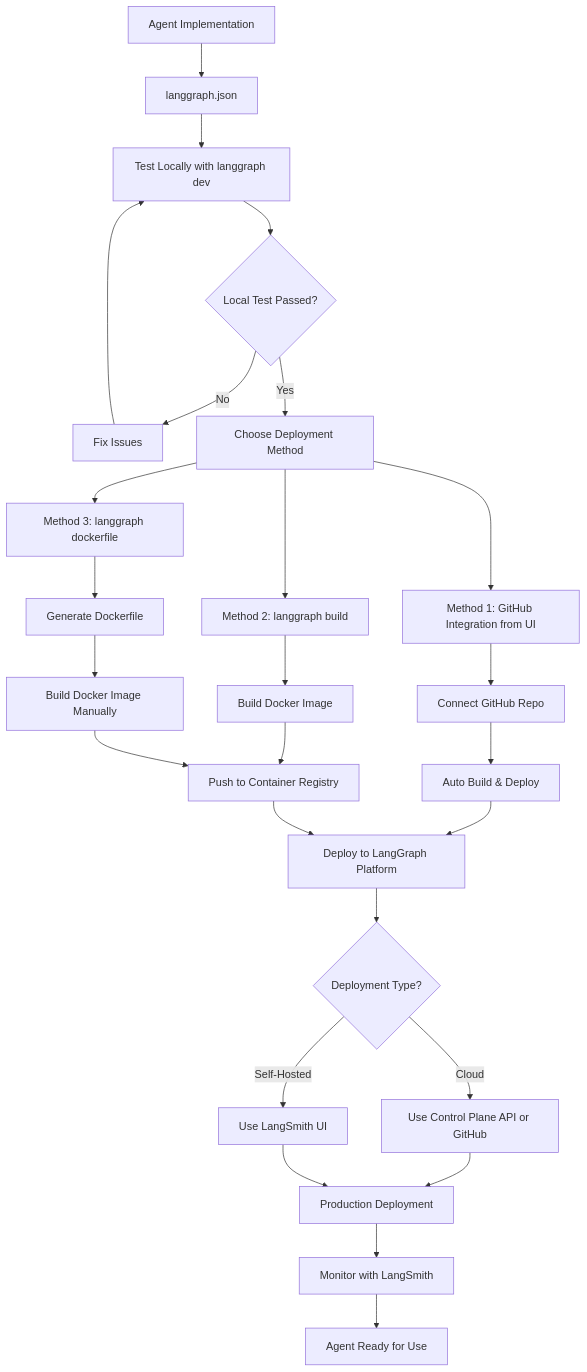
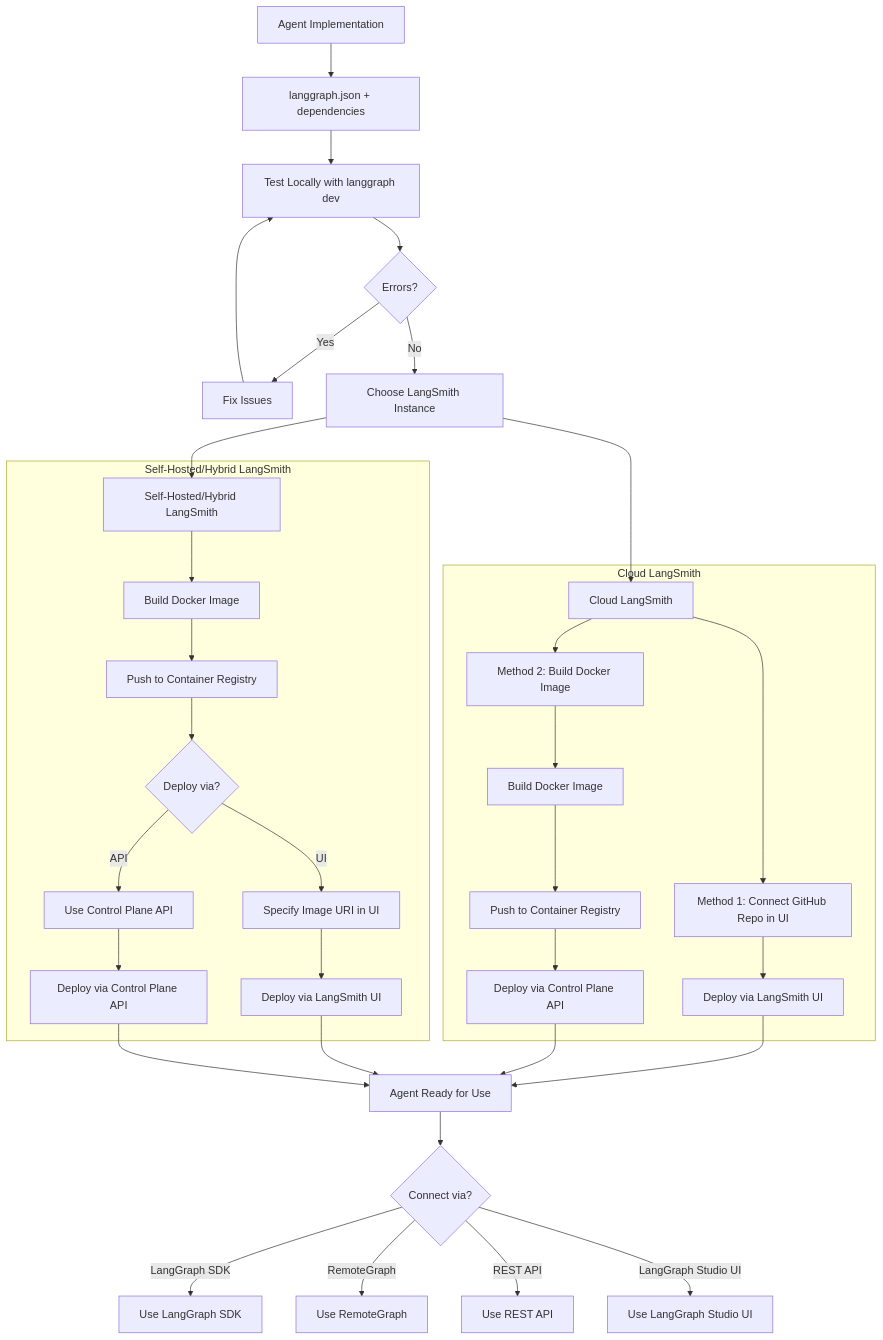
Before and after one commit to avirath-kumar/cicd-pipeline-example: the first of 2 diagrams in README.md, drawn with Mermaid. The commit also changed other lines of this file, not shown here.

Commit message:
docs: fix diagrams

````diff
--- a/README.md
+++ b/README.md
@@ -234,36 +236,42 @@
 ```mermaid
 graph TD
-    A[Agent Implementation] --> B[langgraph.json]
+    A[Agent Implementation] --> B[langgraph.json + dependencies]
     B --> C[Test Locally with langgraph dev]
-    C --> D{Local Test Passed?}
-    D -->|No| E[Fix Issues]
+    C --> D{Errors?}
+    D -->|Yes| E[Fix Issues]
     E --> C
-    D -->|Yes| F[Choose Deployment Method]
+    D -->|No| F[Choose LangSmith Instance]
 
-    F --> G[Method 1: GitHub Integration from UI]
-    F --> H[Method 2: langgraph build]
-    F --> I[Method 3: langgraph dockerfile]
+    F --> G[Cloud LangSmith]
+    F --> H[Self-Hosted/Hybrid LangSmith]
 
-    G --> J[Connect GitHub Repo]
-    J --> K[Auto Build & Deploy]
+    subgraph "Cloud LangSmith"
+        G --> I[Method 1: Connect GitHub Repo in UI]
+        G --> J[Method 2: Build Docker Image]
+        I --> K[Deploy via LangSmith UI]
+        J --> L[Build Docker Image]
+        L --> M[Push to Container Registry]
+        M --> N[Deploy via Control Plane API]
+    end
 
-    H --> L[Build Docker Image]
-    I --> M[Generate Dockerfile]
-    M --> N[Build Docker Image Manually]
+    subgraph "Self-Hosted/Hybrid LangSmith"
+        H --> S[Build Docker Image]
+        S --> T[Push to Container Registry]
+        T --> U{Deploy via?}
+        U -->|UI| V[Specify Image URI in UI]
+        U -->|API| W[Use Control Plane API]
+        V --> X[Deploy via LangSmith UI]
+        W --> Y[Deploy via Control Plane API]
+    end
 
-    L --> O[Push to Container Registry]
-    N --> O
+    K --> AA[Agent Ready for Use]
+    N --> AA
+    X --> AA
+    Y --> AA
 
-    K --> P[Deploy to LangGraph Platform]
-    O --> P
-    P --> Q{Deployment Type?}
-
-    Q -->|Cloud| R[Use Control Plane API or GitHub]
-    Q -->|Self-Hosted| S[Use LangSmith UI]
-
-    R --> T[Production Deployment]
-    S --> T
-
-    T --> U[Monitor with LangSmith]
-    U --> V[Agent Ready for Use]
+    AA --> BB{Connect via?}
+    BB -->|LangGraph SDK| CC[Use LangGraph SDK]
+    BB -->|RemoteGraph| DD[Use RemoteGraph]
+    BB -->|REST API| EE[Use REST API]
+    BB -->|LangGraph Studio UI| FF[Use LangGraph Studio UI]
 ```
````
